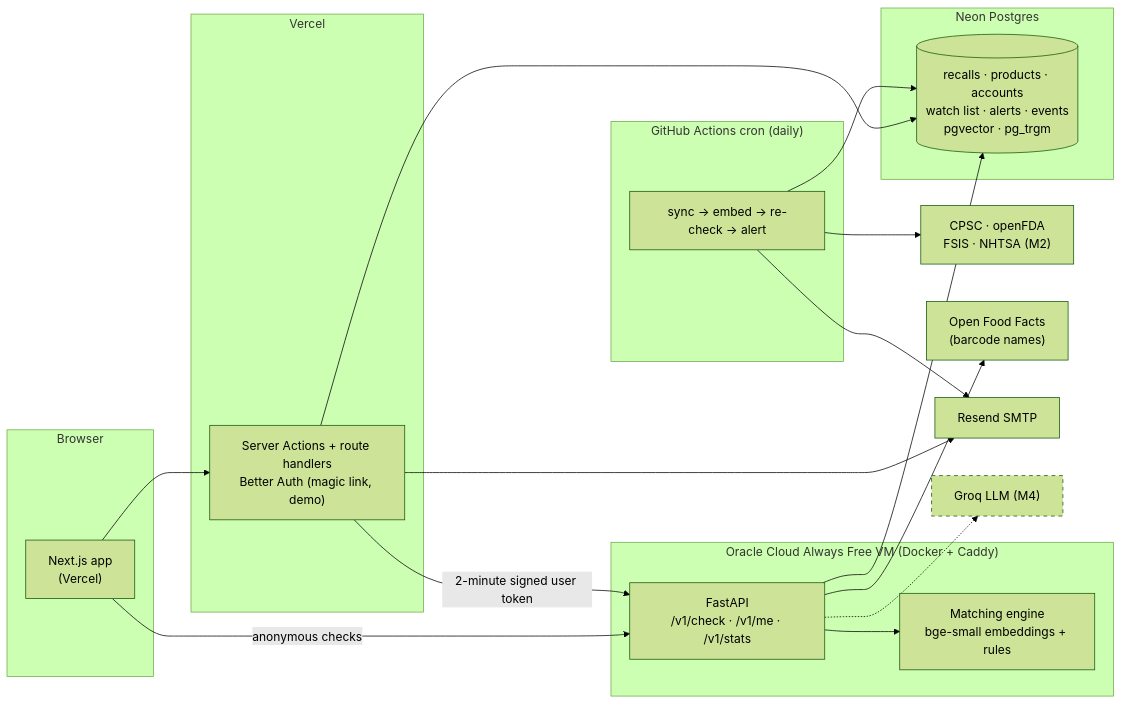
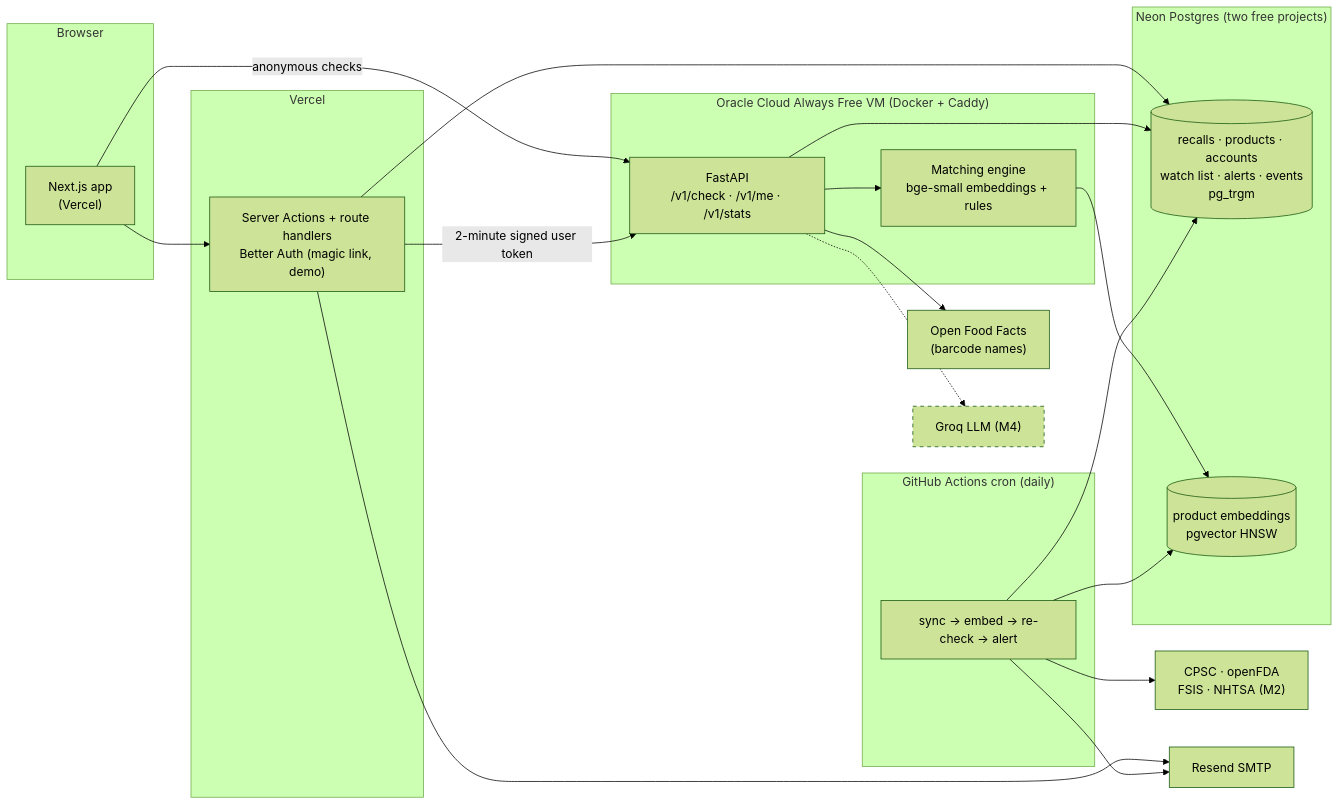
One commit to Hrishikesh-Codes/recallradar changed the first of 2 diagrams in docs/ARCHITECTURE.md. Above: the diagram before and after it, drawn with Mermaid (forest theme). The commit also changed other lines of this file and 30 other files, not shown here.

First line of the commit message:
M2: product embeddings in their own database

````diff
--- a/docs/ARCHITECTURE.md
+++ b/docs/ARCHITECTURE.md
@@ -11,44 +12,47 @@
 ```mermaid
 flowchart LR
   subgraph Browser
     PWA["Next.js app<br/>(Vercel)"]
   end
 
   subgraph Vercel
     BFF["Server Actions + route handlers<br/>Better Auth (magic link, demo)"]
   end
 
   subgraph OCI["Oracle Cloud Always Free VM (Docker + Caddy)"]
     API["FastAPI<br/>/v1/check · /v1/me · /v1/stats"]
     MATCH["Matching engine<br/>bge-small embeddings + rules"]
   end
 
-  subgraph Neon["Neon Postgres"]
-    DB[("recalls · products · accounts<br/>watch list · alerts · events<br/>pgvector · pg_trgm")]
+  subgraph Neon["Neon Postgres (two free projects)"]
+    DB[("recalls · products · accounts<br/>watch list · alerts · events<br/>pg_trgm")]
+    VEC[("product embeddings<br/>pgvector HNSW")]
   end
 
   subgraph GHA["GitHub Actions cron (daily)"]
     SYNC["sync → embed → re-check → alert"]
   end
 
   SOURCES["CPSC · openFDA<br/>FSIS · NHTSA (M2)"]
   OFF["Open Food Facts<br/>(barcode names)"]
   MAIL["Resend SMTP"]
   LLM["Groq LLM (M4)"]
 
   PWA -->|anonymous checks| API
   PWA --> BFF
   BFF -->|"2-minute signed user token"| API
   BFF --> DB
   BFF --> MAIL
   API --> MATCH
   API --> DB
+  MATCH --> VEC
   API --> OFF
   SYNC --> SOURCES
   SYNC --> DB
+  SYNC --> VEC
   SYNC --> MAIL
   API -.-> LLM
 
   classDef later stroke-dasharray: 5 5
   class LLM later
 ```
````
